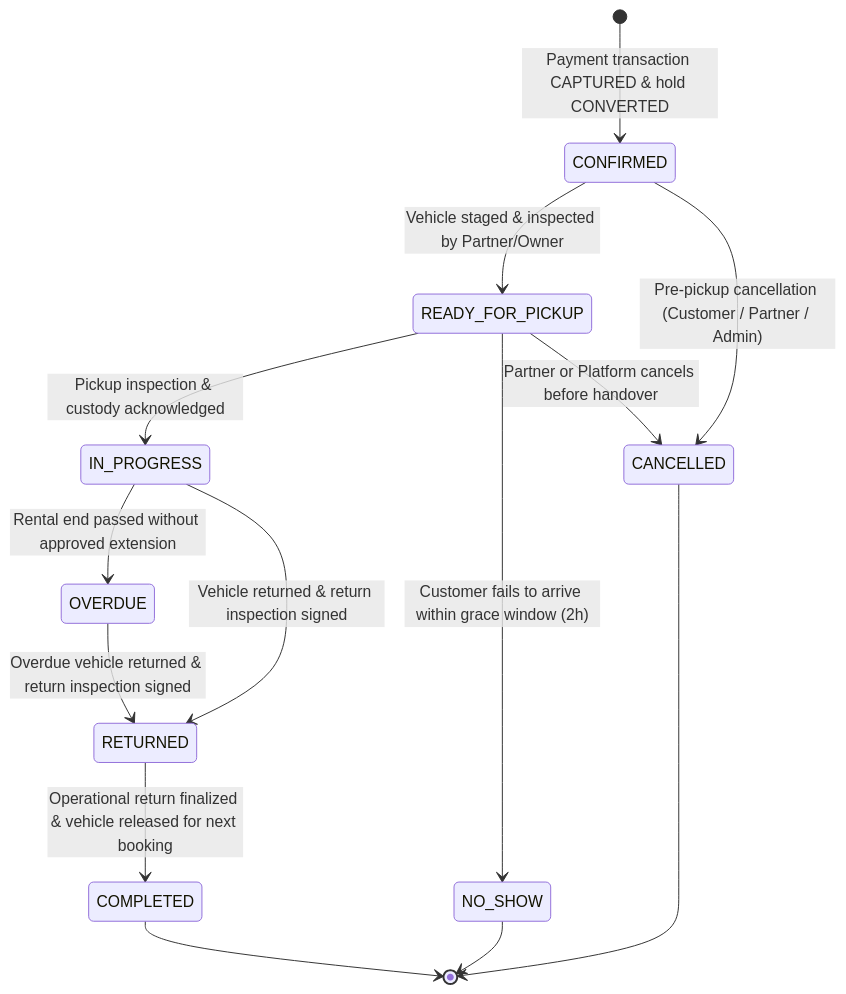
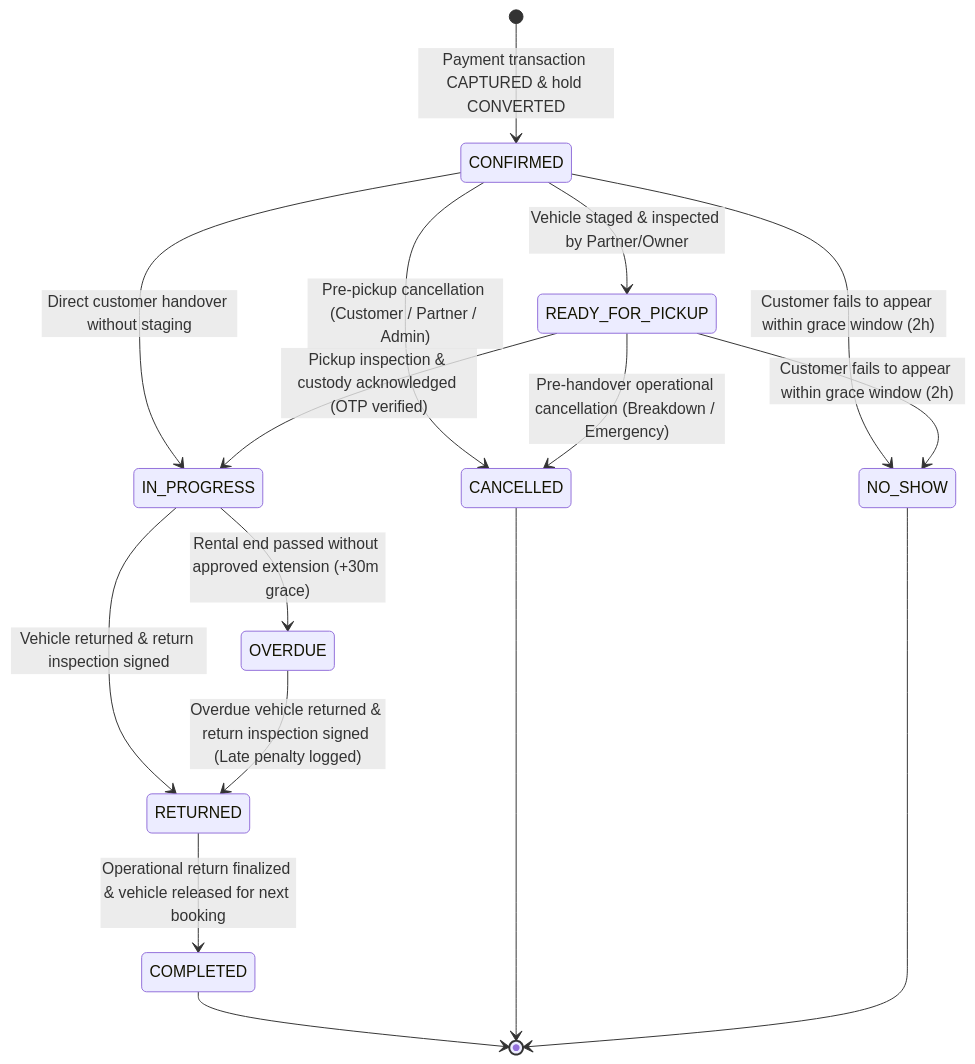
One commit to jayasai14/vehicle-rental-platform changed the second of 10 diagrams in docs/STATE_MACHINES.md. Above: the diagram before and after it, drawn with Mermaid. The commit also changed other lines of this file and 13 other files, not shown here.

````diff
--- a/docs/STATE_MACHINES.md
+++ b/docs/STATE_MACHINES.md
@@ -41,21 +41,23 @@
 ```mermaid
 stateDiagram-v2
     [*] --> CONFIRMED: Payment transaction CAPTURED & hold CONVERTED
     
     CONFIRMED --> READY_FOR_PICKUP: Vehicle staged & inspected by Partner/Owner
+    CONFIRMED --> IN_PROGRESS: Direct customer handover without staging
     CONFIRMED --> CANCELLED: Pre-pickup cancellation (Customer / Partner / Admin)
+    CONFIRMED --> NO_SHOW: Customer fails to appear within grace window (2h)
     
-    READY_FOR_PICKUP --> IN_PROGRESS: Pickup inspection & custody acknowledged
-    READY_FOR_PICKUP --> NO_SHOW: Customer fails to arrive within grace window (2h)
-    READY_FOR_PICKUP --> CANCELLED: Partner or Platform cancels before handover
+    READY_FOR_PICKUP --> IN_PROGRESS: Pickup inspection & custody acknowledged (OTP verified)
+    READY_FOR_PICKUP --> CANCELLED: Pre-handover operational cancellation (Breakdown / Emergency)
+    READY_FOR_PICKUP --> NO_SHOW: Customer fails to appear within grace window (2h)
     
-    IN_PROGRESS --> OVERDUE: Rental end passed without approved extension
+    IN_PROGRESS --> OVERDUE: Rental end passed without approved extension (+30m grace)
     IN_PROGRESS --> RETURNED: Vehicle returned & return inspection signed
-    OVERDUE --> RETURNED: Overdue vehicle returned & return inspection signed
+    OVERDUE --> RETURNED: Overdue vehicle returned & return inspection signed (Late penalty logged)
     
     RETURNED --> COMPLETED: Operational return finalized & vehicle released for next booking
     
     COMPLETED --> [*]
     CANCELLED --> [*]
     NO_SHOW --> [*]
 ```
````
